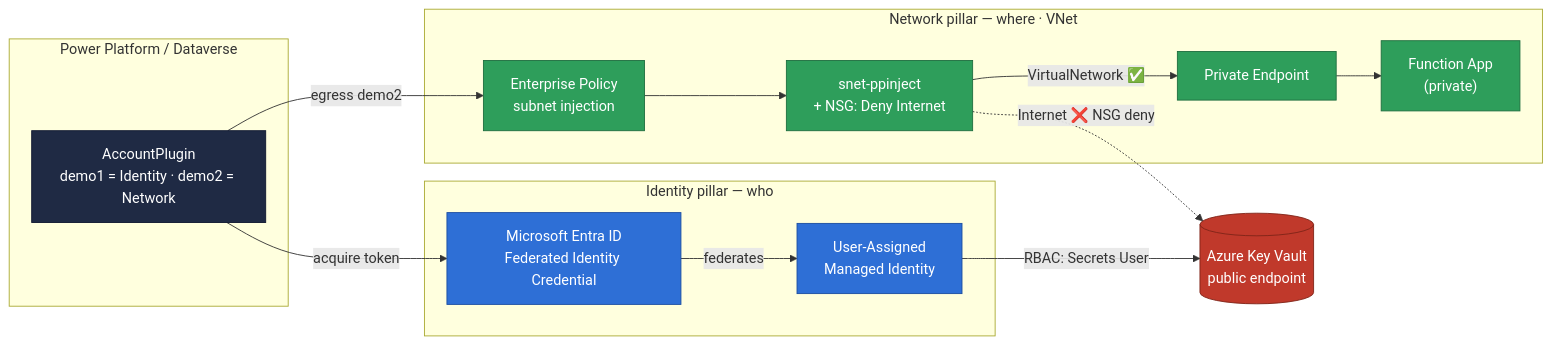
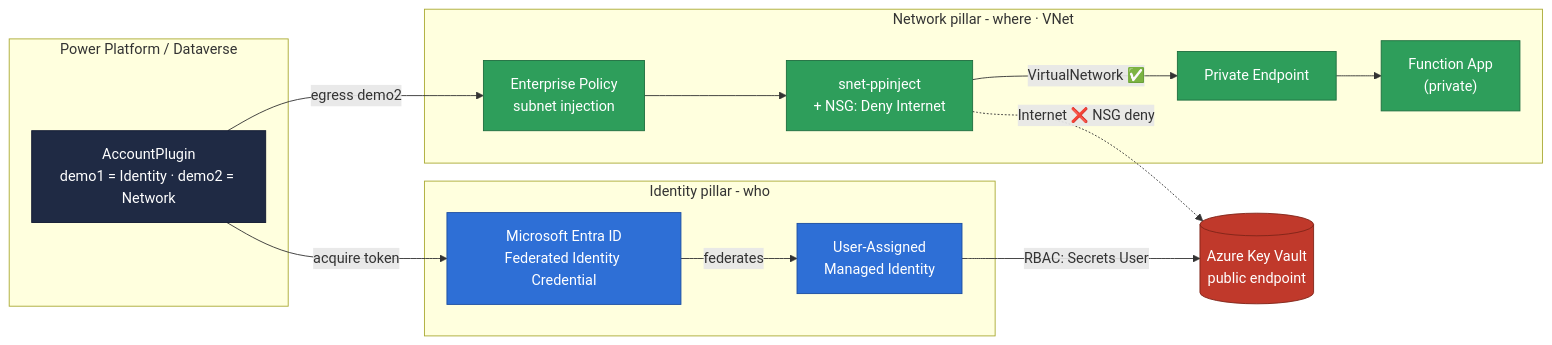
The first of 5 diagrams in README.md (allandecastro/dataverse-secure-outbound), drawn with Mermaid before and after one commit. The commit also changed other lines of this file and 2 other files, not shown here.

````diff
--- a/README.md
+++ b/README.md
@@ -23,37 +23,37 @@
 ```mermaid
 flowchart LR
     subgraph PP["Power Platform / Dataverse"]
         P["AccountPlugin<br/>demo1 = Identity · demo2 = Network"]
     end
 
-    subgraph IDP["Identity pillar — who"]
+    subgraph IDP["Identity pillar - who"]
         FIC["Microsoft Entra ID<br/>Federated Identity Credential"]
         MI["User-Assigned<br/>Managed Identity"]
     end
 
-    subgraph NETP["Network pillar — where · VNet"]
+    subgraph NETP["Network pillar - where · VNet"]
         EP["Enterprise Policy<br/>subnet injection"]
         SN["snet-ppinject<br/>+ NSG: Deny Internet"]
         PE["Private Endpoint"]
         FN["Function App<br/>(private)"]
     end
 
     KV[("Azure Key Vault<br/>public endpoint")]
 
     P -->|acquire token| FIC
     FIC -->|federates| MI
     MI -->|RBAC: Secrets User| KV
 
     P -->|egress demo2| EP --> SN
     SN -->|VirtualNetwork ✅| PE --> FN
     SN -.->|Internet ❌ NSG deny| KV
 
     classDef id fill:#2E6FD6,stroke:#1B4DA0,color:#fff;
     classDef net fill:#2E9E5B,stroke:#1E6E3F,color:#fff;
     classDef src fill:#1F2A44,stroke:#0F1730,color:#fff;
     classDef kv fill:#C0392B,stroke:#7F2418,color:#fff;
     class P src;
     class FIC,MI id;
     class EP,SN,PE,FN net;
     class KV kv;
 ```
````
